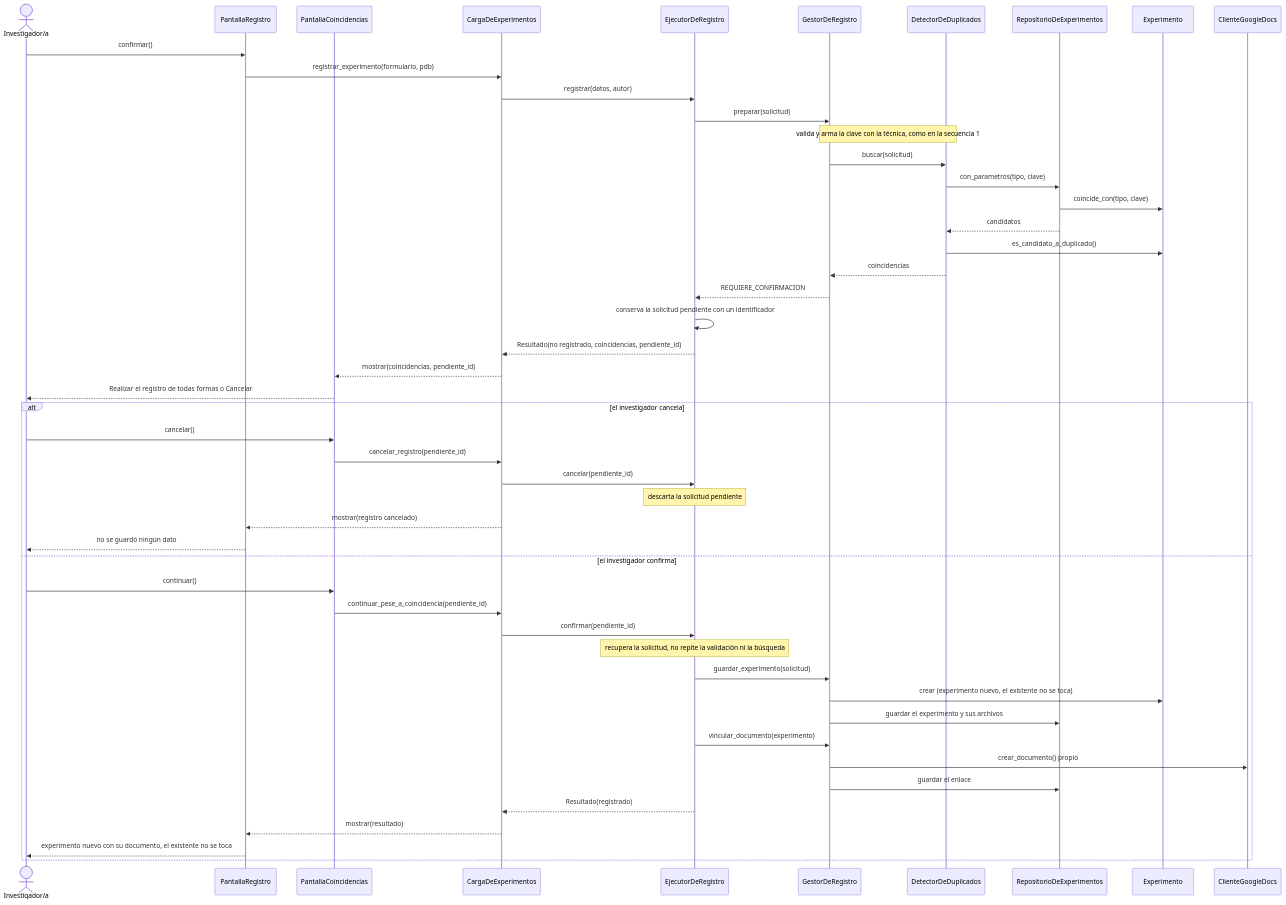
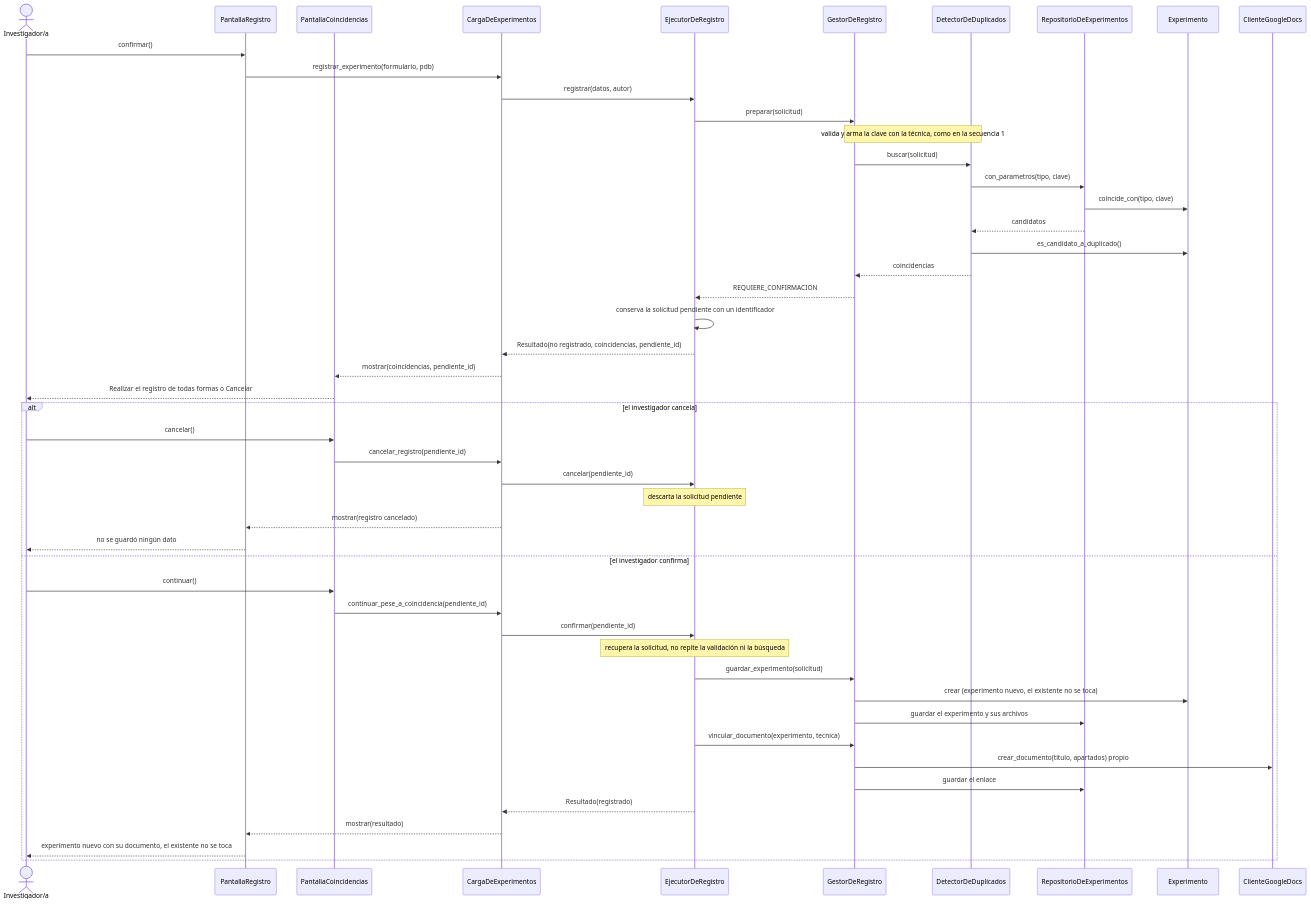
The third of 5 diagrams in docs/design/diseno-detallado.md (LucasSegovia01/BitacoraBio-2026), drawn with Mermaid before and after one commit. The commit also changed other lines of this file and 12 other files, not shown here.

````diff
--- a/docs/design/diseno-detallado.md
+++ b/docs/design/diseno-detallado.md
@@ -293,51 +293,51 @@
 ```mermaid
 sequenceDiagram
     actor Inv as Investigador/a
     participant PR as PantallaRegistro
     participant PC as PantallaCoincidencias
     participant CE as CargaDeExperimentos
     participant E as EjecutorDeRegistro
     participant GR as GestorDeRegistro
     participant DD as DetectorDeDuplicados
     participant RX as RepositorioDeExperimentos
     participant EX as Experimento
     participant CG as ClienteGoogleDocs
     Inv->>PR: confirmar()
     PR->>CE: registrar_experimento(formulario, pdb)
     CE->>E: registrar(datos, autor)
     E->>GR: preparar(solicitud)
     Note over GR,DD: valida y arma la clave con la técnica, como en la secuencia 1
     GR->>DD: buscar(solicitud)
     DD->>RX: con_parametros(tipo, clave)
     RX->>EX: coincide_con(tipo, clave)
     RX-->>DD: candidatos
     DD->>EX: es_candidato_a_duplicado()
     DD-->>GR: coincidencias
     GR-->>E: REQUIERE_CONFIRMACION
     E->>E: conserva la solicitud pendiente con un identificador
     E-->>CE: Resultado(no registrado, coincidencias, pendiente_id)
     CE-->>PC: mostrar(coincidencias, pendiente_id)
     PC-->>Inv: Realizar el registro de todas formas o Cancelar
     alt el investigador cancela
         Inv->>PC: cancelar()
         PC->>CE: cancelar_registro(pendiente_id)
         CE->>E: cancelar(pendiente_id)
         Note over E: descarta la solicitud pendiente
         CE-->>PR: mostrar(registro cancelado)
         PR-->>Inv: no se guardó ningún dato
     else el investigador confirma
         Inv->>PC: continuar()
         PC->>CE: continuar_pese_a_coincidencia(pendiente_id)
         CE->>E: confirmar(pendiente_id)
         Note over E: recupera la solicitud, no repite la validación ni la búsqueda
         E->>GR: guardar_experimento(solicitud)
         GR->>EX: crear (experimento nuevo, el existente no se toca)
         GR->>RX: guardar el experimento y sus archivos
-        E->>GR: vincular_documento(experimento)
-        GR->>CG: crear_documento() propio
+        E->>GR: vincular_documento(experimento, tecnica)
+        GR->>CG: crear_documento(titulo, apartados) propio
         GR->>RX: guardar el enlace
         E-->>CE: Resultado(registrado)
         CE-->>PR: mostrar(resultado)
         PR-->>Inv: experimento nuevo con su documento, el existente no se toca
     end
 ```
````
